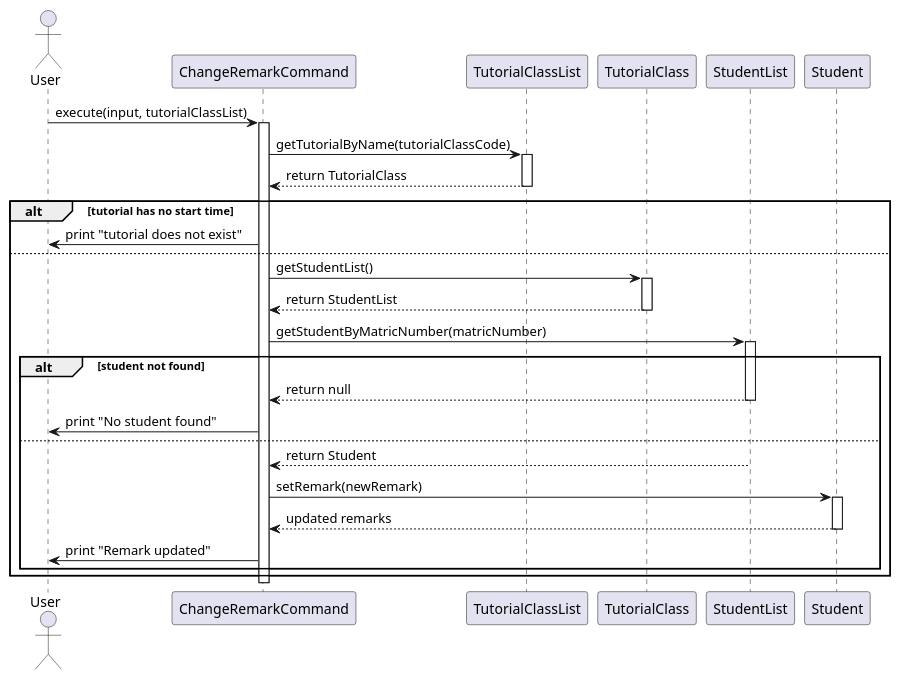
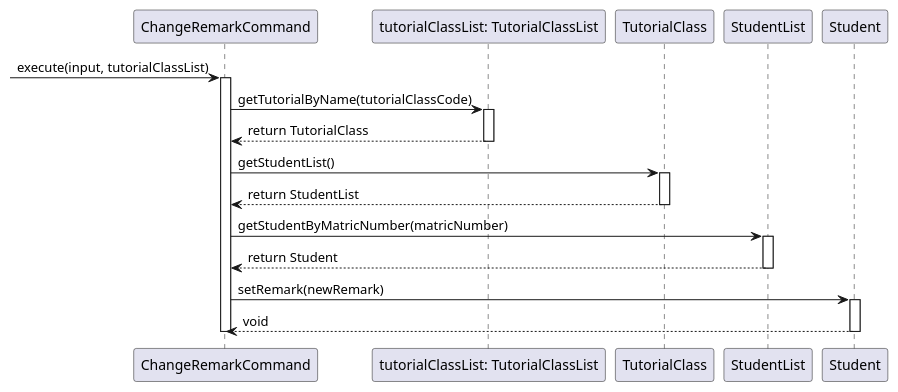
One commit to wongyihao02/tp changed the diagram in docs/diagrams/studentcommands/ChangeRemarkCommandSequenceDiagram.puml. Above: the diagram before and after it, drawn with PlantUML. The commit also changed 14 other files, not shown here.

First line of the commit message:
Fix Sequence and Class Diagrams

```diff
--- a/docs/diagrams/studentcommands/ChangeRemarkCommandSequenceDiagram.puml
+++ b/docs/diagrams/studentcommands/ChangeRemarkCommandSequenceDiagram.puml
@@ -1,47 +1,36 @@
 @startuml
-actor User
 
 participant "ChangeRemarkCommand" as CRC
-participant "TutorialClassList" as TCL
+participant "tutorialClassList: TutorialClassList" as TCL
 participant "TutorialClass" as TC
 participant "StudentList" as SL
 participant "Student" as S
 
-User -> CRC: execute(input, tutorialClassList)
+-> CRC: execute(input, tutorialClassList)
 activate CRC
 
 
 CRC -> TCL: getTutorialByName(tutorialClassCode)
 activate TCL
 TCL --> CRC: return TutorialClass
 deactivate TCL
 
-alt tutorial has no start time
-    CRC -> User: print "tutorial does not exist"
-else
+
     CRC -> TC: getStudentList()
     activate TC
     TC --> CRC: return StudentList
     deactivate TC
 
     CRC -> SL: getStudentByMatricNumber(matricNumber)
     activate SL
-    alt student not found
-        SL --> CRC: return null
-        deactivate SL
-        CRC -> User: print "No student found"
-    else
         SL --> CRC: return Student
         deactivate SL
 
         CRC -> S: setRemark(newRemark)
         activate S
-        S --> CRC: updated remarks
+        S --> CRC: void
         deactivate S
 
-        CRC -> User: print "Remark updated"
-    end
-    end
 
 deactivate CRC
 @enduml
```
